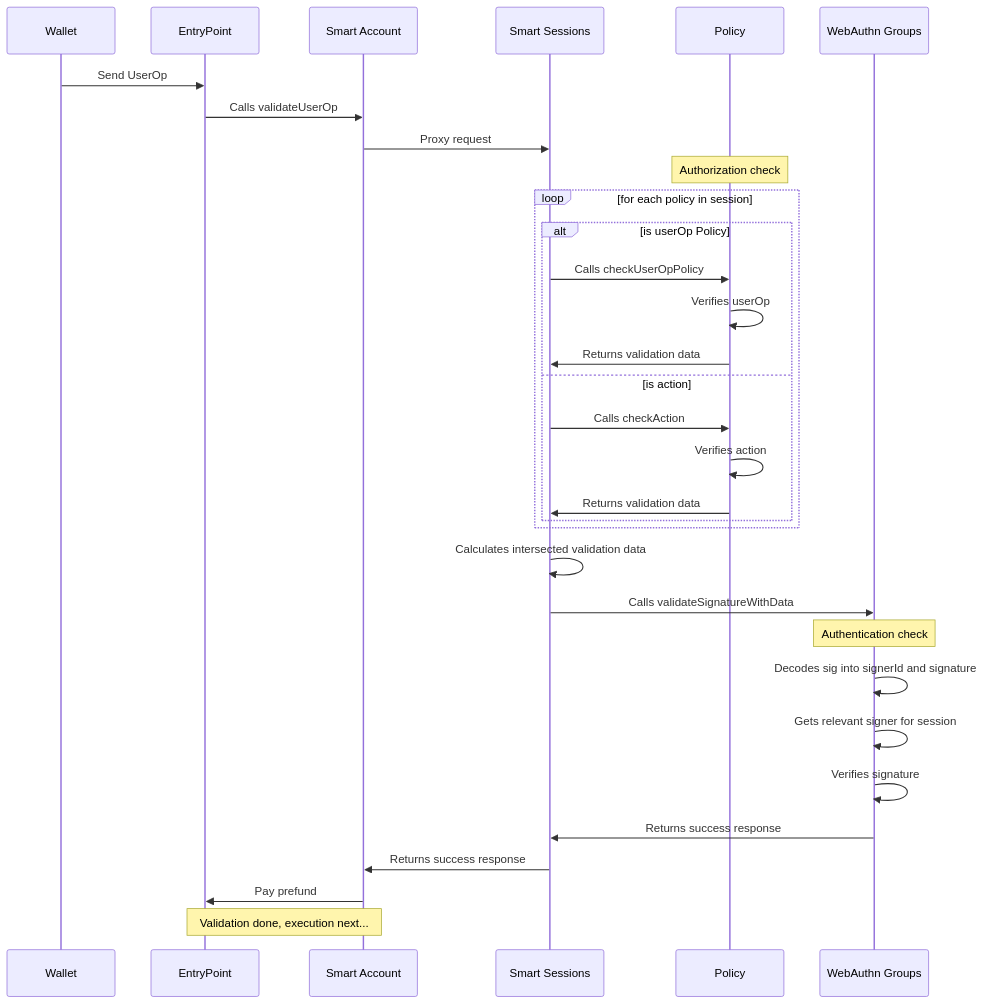
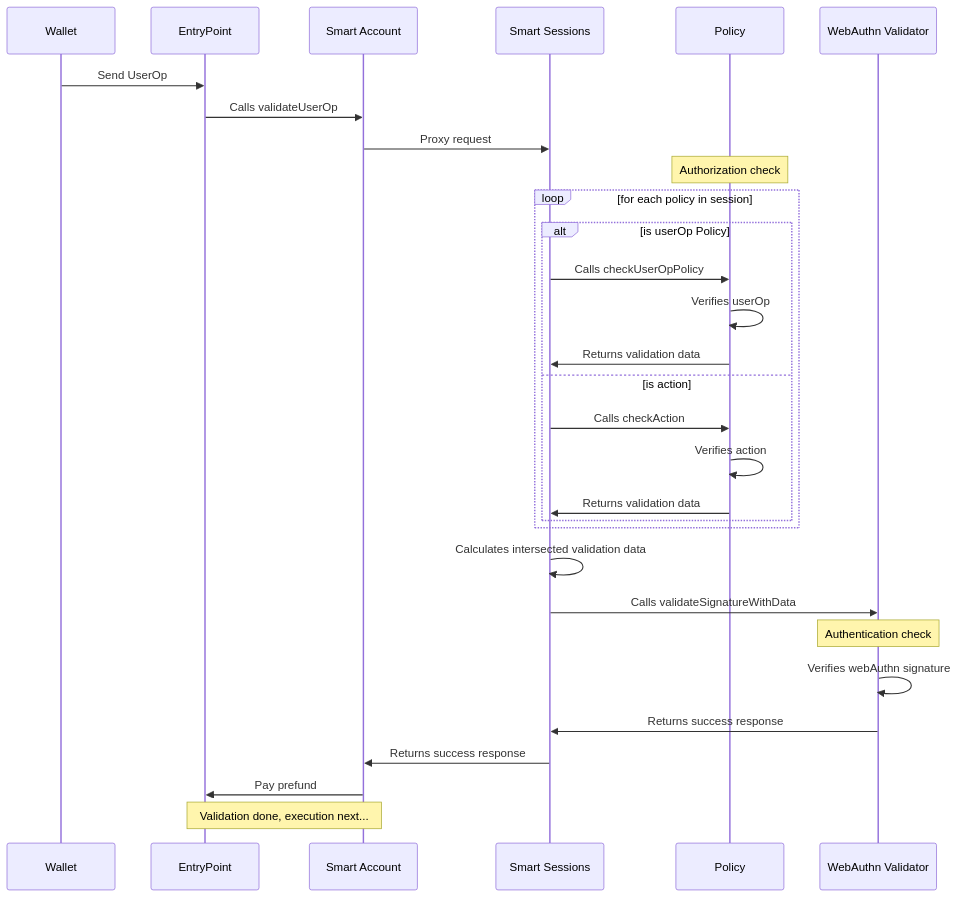
Before and after one commit to stackup-wallet/accessctl: the diagram in README.md, drawn with Mermaid. The commit also changed other lines of this file and 11 other files, not shown here.

````diff
--- a/README.md
+++ b/README.md
@@ -42,28 +42,26 @@
 ```mermaid
 sequenceDiagram
     Wallet->>EntryPoint:Send UserOp
     EntryPoint->>Smart Account: Calls validateUserOp
     Smart Account->>Smart Sessions: Proxy request
     Note over Policy: Authorization check
     loop for each policy in session
         alt is userOp Policy
             Smart Sessions->>Policy: Calls checkUserOpPolicy
             Policy->>Policy: Verifies userOp
             Policy->>Smart Sessions: Returns validation data
         else is action
             Smart Sessions->>Policy: Calls checkAction
             Policy->>Policy: Verifies action
             Policy->>Smart Sessions: Returns validation data
         end
     end
     Smart Sessions->>Smart Sessions: Calculates intersected validation data
-    Smart Sessions->>WebAuthn Groups: Calls validateSignatureWithData
-    Note over WebAuthn Groups: Authentication check
-    WebAuthn Groups->>WebAuthn Groups: Decodes sig into signerId and signature
-    WebAuthn Groups->>WebAuthn Groups: Gets relevant signer for session
-    WebAuthn Groups->>WebAuthn Groups: Verifies signature
-    WebAuthn Groups->>Smart Sessions: Returns success response
+    Smart Sessions->>WebAuthn Validator: Calls validateSignatureWithData
+    Note over WebAuthn Validator: Authentication check
+    WebAuthn Validator->>WebAuthn Validator: Verifies webAuthn signature
+    WebAuthn Validator->>Smart Sessions: Returns success response
     Smart Sessions->>Smart Account: Returns success response
     Smart Account->>EntryPoint: Pay prefund
     Note over EntryPoint,Smart Account: Validation done, execution next...
 ```
````
